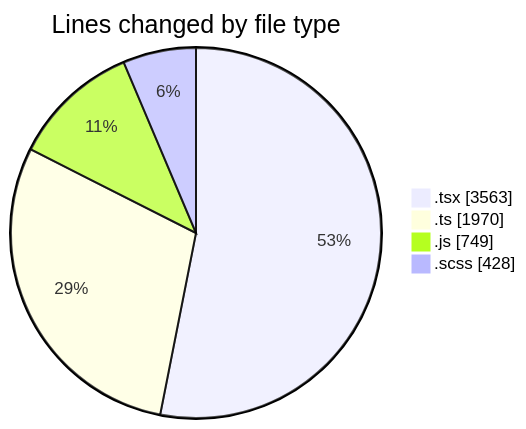
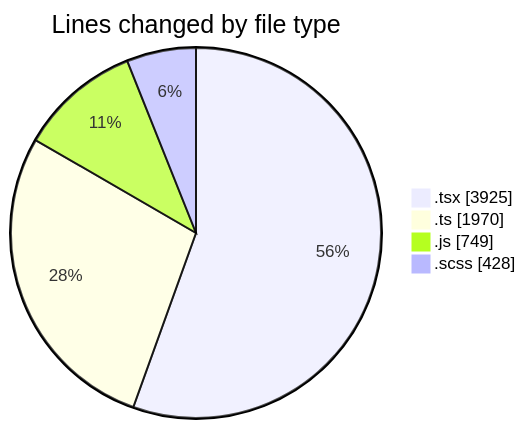
Before and after one commit to momahboobian/code-tracking: the first of 2 diagrams in 2026-06-10/cda/README.md, drawn with Mermaid. The commit also changed other lines of this file and 1 other file, not shown here.

````diff
--- a/2026-06-10/cda/README.md
+++ b/2026-06-10/cda/README.md
@@ -57,8 +57,8 @@
 ```mermaid
 pie showData
 title Lines changed by file type
-".tsx" : 3563
+".tsx" : 3925
 ".ts" : 1970
 ".js" : 749
 ".scss" : 428
 ```
````
